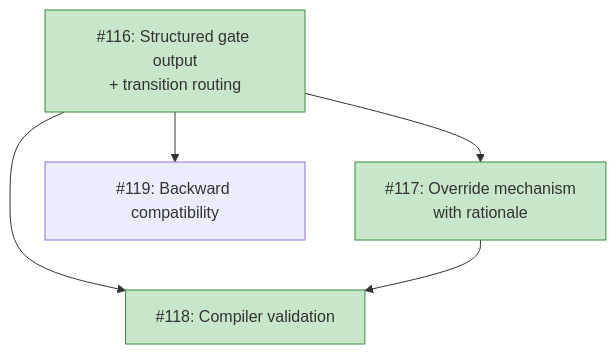
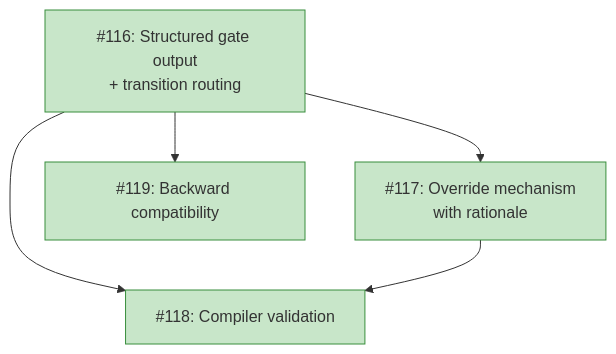
Before and after one commit to tsukumogami/koto: the diagram in docs/roadmaps/ROADMAP-gate-transition-contract.md, drawn with Mermaid. The commit also changed other lines of this file and 2 other files, not shown here.

````diff
--- a/docs/roadmaps/ROADMAP-gate-transition-contract.md
+++ b/docs/roadmaps/ROADMAP-gate-transition-contract.md
@@ -175,17 +174,15 @@
 ```mermaid
 graph TD
     I116["#116: Structured gate output<br/>+ transition routing"]
     I117["#117: Override mechanism<br/>with rationale"]
     I118["#118: Compiler validation"]
     I119["#119: Backward compatibility"]
 
     I116 --> I117
     I116 --> I118
     I117 --> I118
     I116 --> I119
 
-    classDef needsDesign fill:#e1bee7
     classDef done fill:#c8e6c9,stroke:#388e3c
-    class I119 ready
-    class I116,I117,I118 done
+    class I116,I117,I118,I119 done
 ```
````
